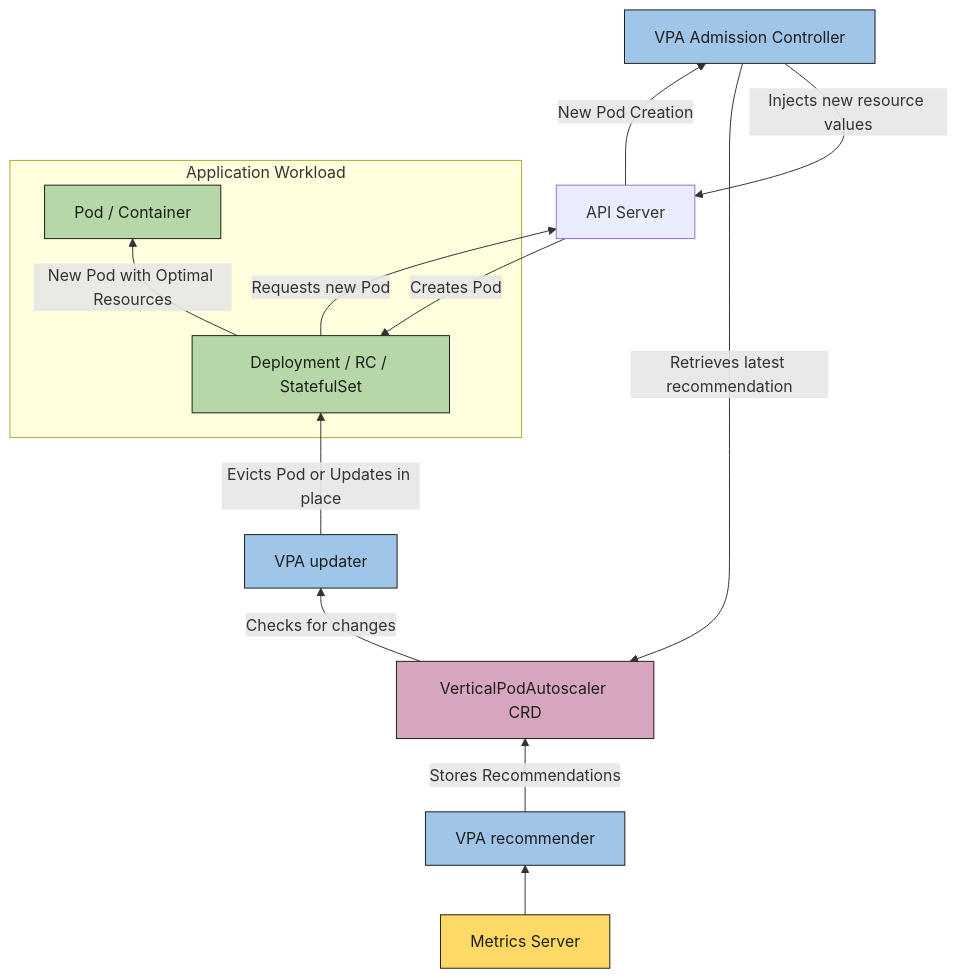
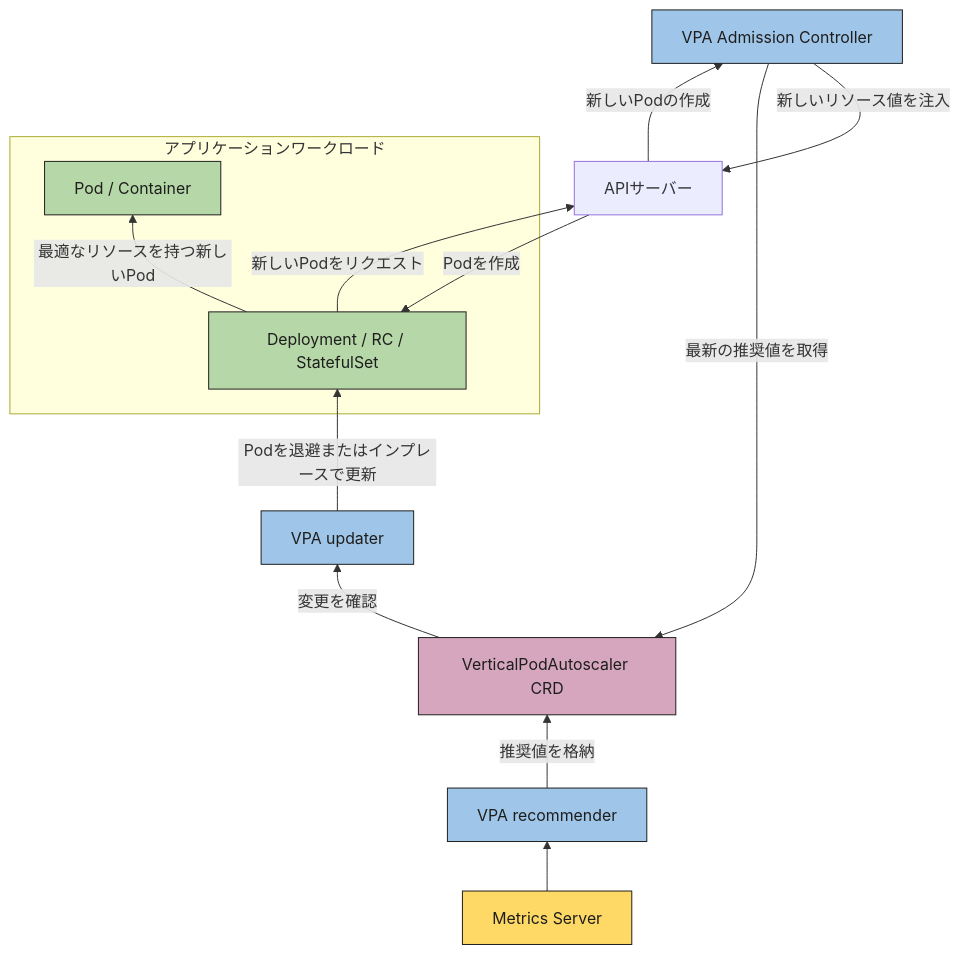
Before and after one commit to kubernetes/website: the diagram in content/ja/docs/concepts/workloads/autoscaling/vertical-pod-autoscale.md, drawn with Mermaid. The commit also changed other lines of this file, not shown here.

```diff
--- a/content/ja/docs/concepts/workloads/autoscaling/vertical-pod-autoscale.md
+++ b/content/ja/docs/concepts/workloads/autoscaling/vertical-pod-autoscale.md
@@ -37,39 +37,39 @@
 {{< mermaid >}}
 graph BT
     metrics[Metrics Server]
-    api[API Server]
+    api[APIサーバー]
     admission[VPA Admission Controller]
     
     vpa_cr[VerticalPodAutoscaler CRD]
     recommender[VPA recommender]
     updater[VPA updater]
 
     metrics --> recommender
-    recommender -->|Stores Recommendations| vpa_cr
+    recommender -->|推奨値を格納| vpa_cr
 
-    subgraph Application Workload
+    subgraph アプリケーションワークロード
         controller[Deployment / RC / StatefulSet]
         pod[Pod / Container]
     end
 
-    vpa_cr -->|Checks for changes| updater
-    updater -->|Evicts Pod or Updates in place| controller
-    controller -->|Requests new Pod| api
+    vpa_cr -->|変更を確認| updater
+    updater -->|Podを退避またはインプレースで更新| controller
+    controller -->|新しいPodをリクエスト| api
 
-    api -->|New Pod Creation| admission
-    admission -->|Retrieves latest recommendation| vpa_cr
-    admission -->|Injects new resource values| api
+    api -->|新しいPodの作成| admission
+    admission -->|最新の推奨値を取得| vpa_cr
+    admission -->|新しいリソース値を注入| api
 
-    api -->|Creates Pod| controller
-    controller -->|New Pod with Optimal Resources| pod
+    api -->|Podを作成| controller
+    controller -->|最適なリソースを持つ新しいPod| pod
 
     classDef vpa fill:#9FC5E8,stroke:#1E1E1D,stroke-width:1px,color:#1E1E1D;
     classDef crd fill:#D5A6BD,stroke:#1E1E1D,stroke-width:1px,color:#1E1E1D;
     classDef metrics fill:#FFD966,stroke:#1E1E1D,stroke-width:1px,color:#1E1E1D;
     classDef app fill:#B6D7A8,stroke:#1E1E1D,stroke-width:1px,color:#1E1E1D;
 
     class recommender,updater,admission vpa;
     class vpa_cr crd;
     class metrics metrics;
     class controller,pod app;
 {{< /mermaid >}}
```
